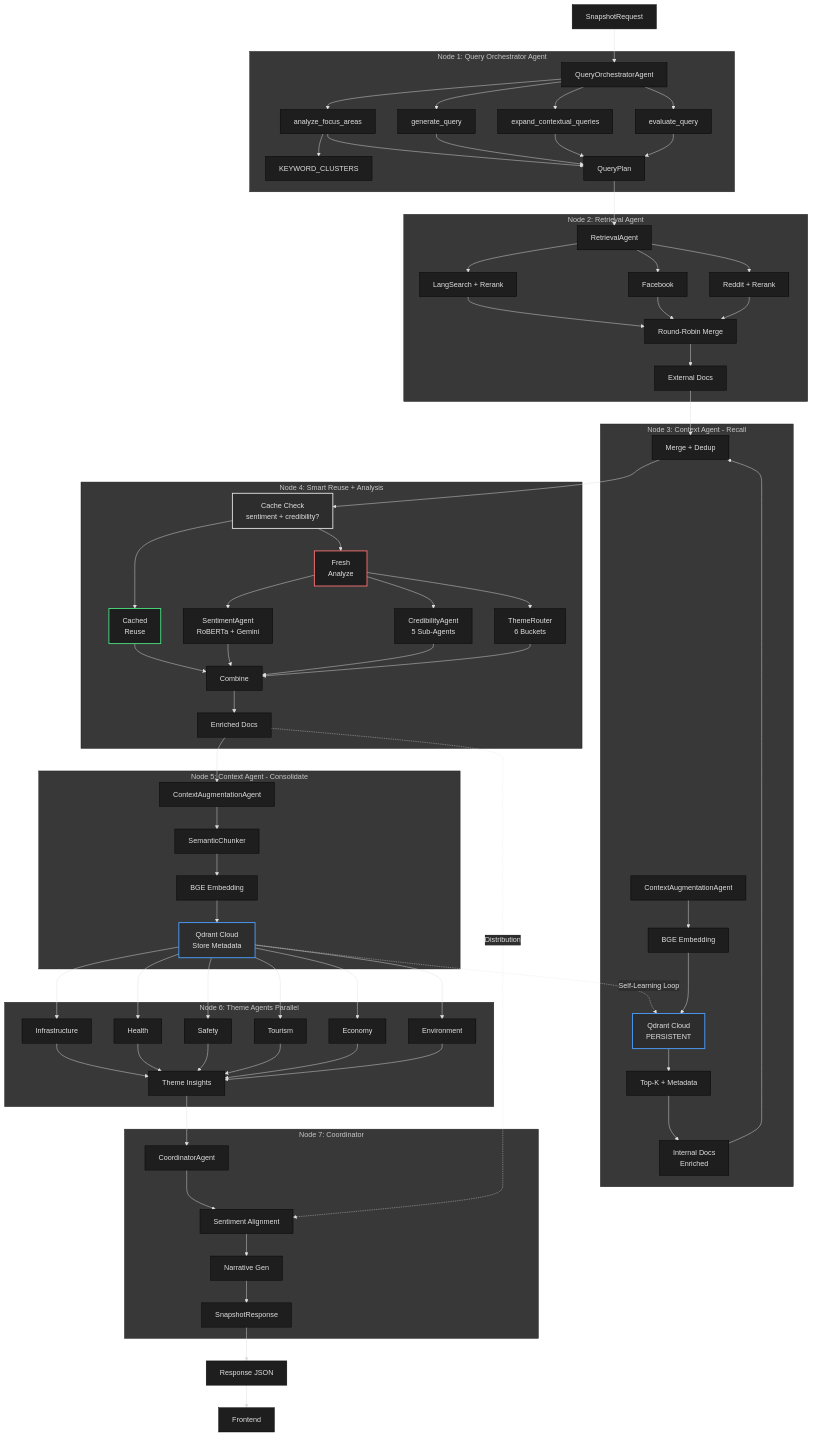
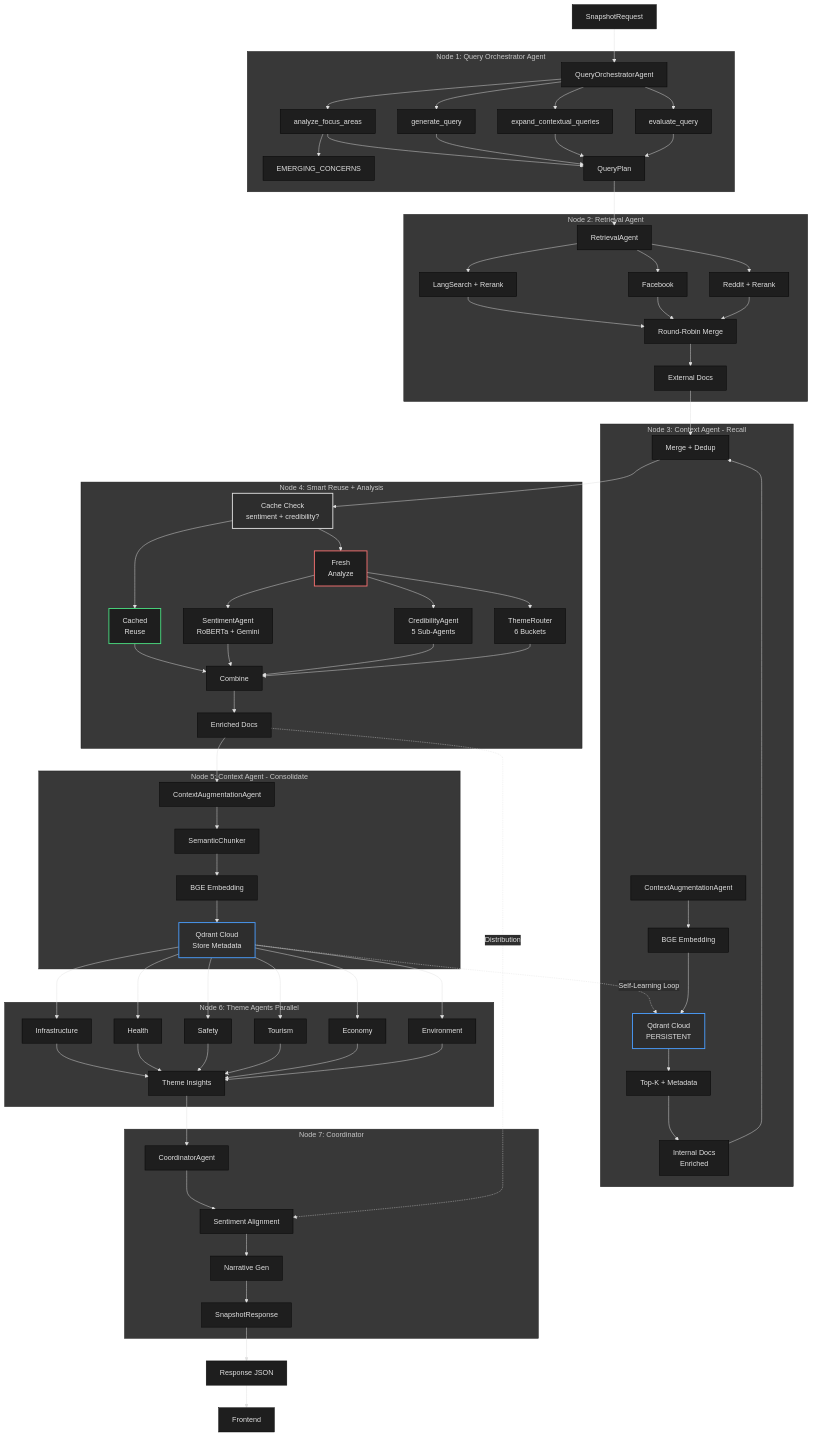
Before and after one commit to donyelqt/Hinaing: the third of 10 diagrams in docs/ARCHITECTURE.md, drawn with Mermaid. The commit also changed other lines of this file and 3 other files, not shown here.

First line of the commit message:
docs: rename KEYWORD_CLUSTERS to EMERGING_CONCERNS in architecture docs

```diff
--- a/docs/ARCHITECTURE.md
+++ b/docs/ARCHITECTURE.md
@@ -446,7 +446,7 @@
         T2[generate_query]
         T3[expand_contextual_queries]
         T4[evaluate_query]
-        KC[KEYWORD_CLUSTERS]
+        KC[EMERGING_CONCERNS]
         QO --> T1 & T2 & T3 & T4
         T1 --> KC
         QP[QueryPlan]
```
